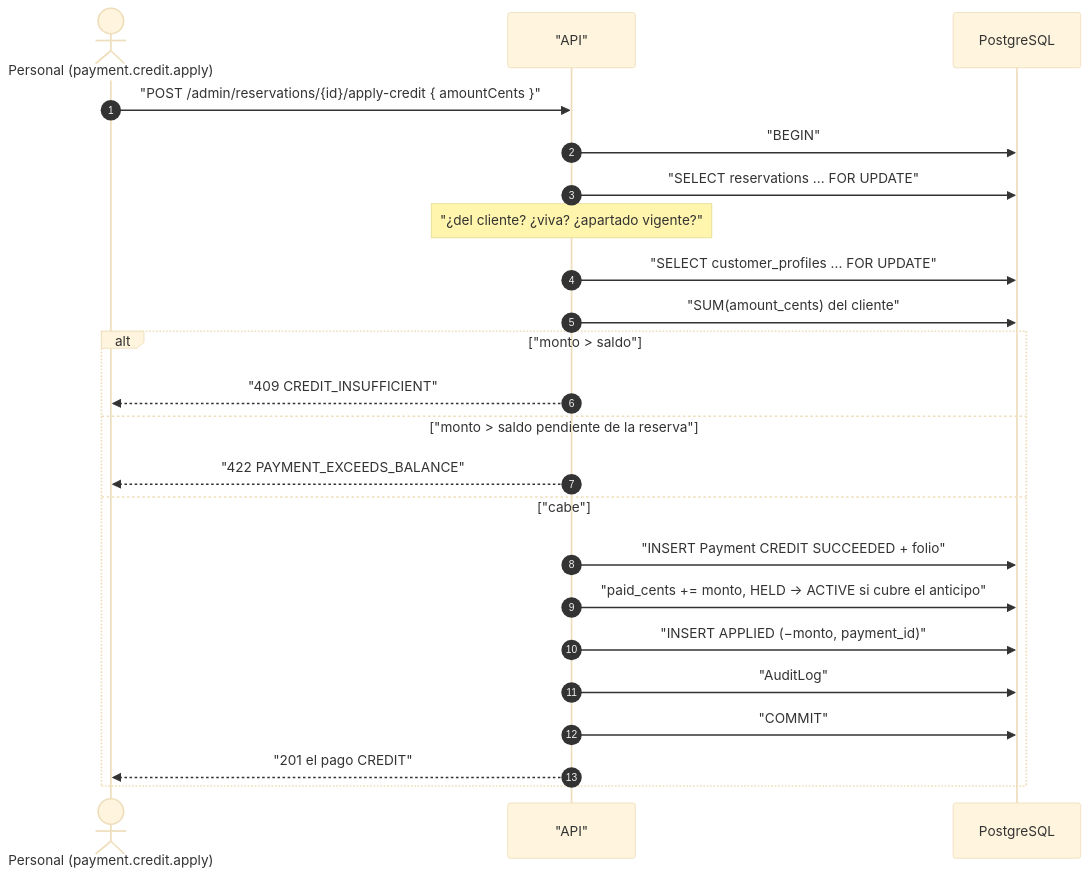
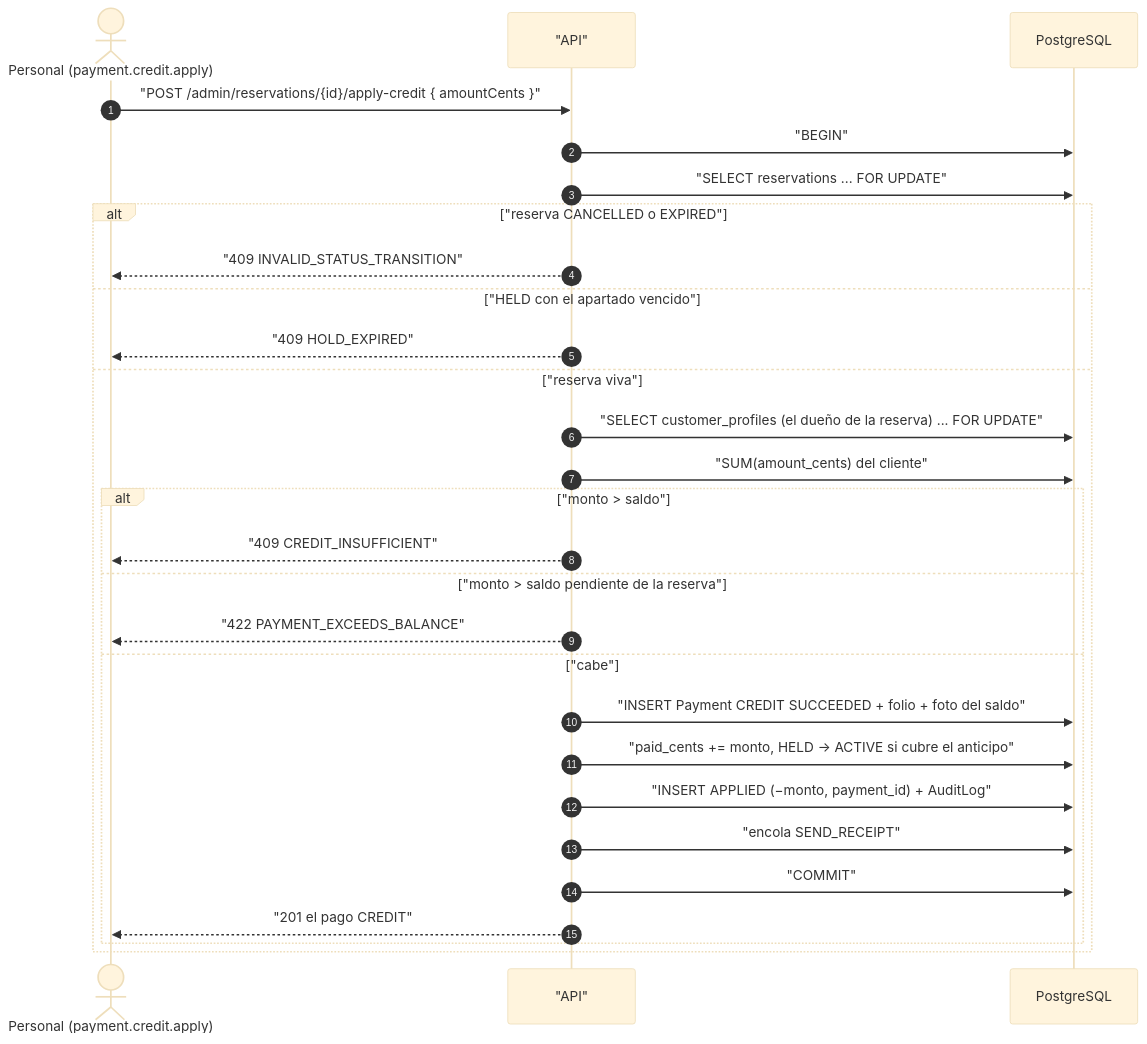
One commit to erickgs2/ruta_mochilera changed the third of 5 diagrams in docs/diagrams/customer-credit.md. Above: the diagram before and after it, drawn with Mermaid (base theme). The commit also changed other lines of this file and 1 other file, not shown here.

First line of the commit message:
docs: complete the phase 2b counter and credit diagrams

````diff
--- a/docs/diagrams/customer-credit.md
+++ b/docs/diagrams/customer-credit.md
@@ -34,26 +71,31 @@
 ```mermaid
 sequenceDiagram
     autonumber
     actor P as Personal (payment.credit.apply)
     participant API as "API"
     participant DB as PostgreSQL
 
     P->>API: "POST /admin/reservations/{id}/apply-credit { amountCents }"
     API->>DB: "BEGIN"
     API->>DB: "SELECT reservations ... FOR UPDATE"
-    Note over API: "¿del cliente? ¿viva? ¿apartado vigente?"
-    API->>DB: "SELECT customer_profiles ... FOR UPDATE"
-    API->>DB: "SUM(amount_cents) del cliente"
-    alt "monto > saldo"
-        API-->>P: "409 CREDIT_INSUFFICIENT"
-    else "monto > saldo pendiente de la reserva"
-        API-->>P: "422 PAYMENT_EXCEEDS_BALANCE"
-    else "cabe"
-        API->>DB: "INSERT Payment CREDIT SUCCEEDED + folio"
-        API->>DB: "paid_cents += monto, HELD → ACTIVE si cubre el anticipo"
-        API->>DB: "INSERT APPLIED (−monto, payment_id)"
-        API->>DB: "AuditLog"
-        API->>DB: "COMMIT"
-        API-->>P: "201 el pago CREDIT"
+    alt "reserva CANCELLED o EXPIRED"
+        API-->>P: "409 INVALID_STATUS_TRANSITION"
+    else "HELD con el apartado vencido"
+        API-->>P: "409 HOLD_EXPIRED"
+    else "reserva viva"
+        API->>DB: "SELECT customer_profiles (el dueño de la reserva) ... FOR UPDATE"
+        API->>DB: "SUM(amount_cents) del cliente"
+        alt "monto > saldo"
+            API-->>P: "409 CREDIT_INSUFFICIENT"
+        else "monto > saldo pendiente de la reserva"
+            API-->>P: "422 PAYMENT_EXCEEDS_BALANCE"
+        else "cabe"
+            API->>DB: "INSERT Payment CREDIT SUCCEEDED + folio + foto del saldo"
+            API->>DB: "paid_cents += monto, HELD → ACTIVE si cubre el anticipo"
+            API->>DB: "INSERT APPLIED (−monto, payment_id) + AuditLog"
+            API->>DB: "encola SEND_RECEIPT"
+            API->>DB: "COMMIT"
+            API-->>P: "201 el pago CREDIT"
+        end
     end
 ```
````
